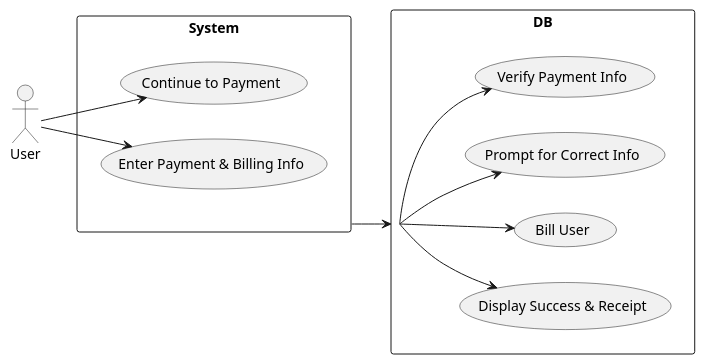
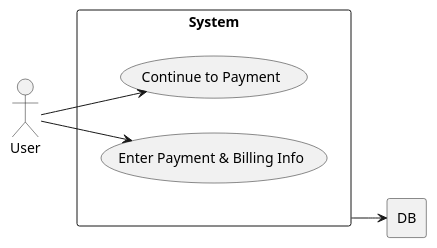
Before and after one commit to HighlyHylian/online-ecommerce-platform: the diagram in Example Files/useCaseDiagram.pu, drawn with PlantUML.

```diff
--- a/Example Files/useCaseDiagram.pu
+++ b/Example Files/useCaseDiagram.pu
@@ -1,25 +1,26 @@
 @startuml US-09: Payment & Billing
 left to right direction
 actor User
 actor DB
 
 rectangle System {
   usecase "Continue to Payment" as U1
   usecase "Enter Payment & Billing Info" as U2
 }
 
 rectangle DB {
-  usecase "Verify Payment Info" as U3
-  usecase "Prompt for Correct Info" as U4
-  usecase "Bill User" as U5
-  usecase "Display Success & Receipt" as U6
+'   usecase "Verify Payment Info" as U3
+'   usecase "Prompt for Correct Info" as U4
+'   usecase "Bill User" as U5
+'   usecase "Display Success & Receipt" as U6
 }
 
 User --> U1
 User --> U2
 System --> DB
-DB --> U3
-DB --> U4
-DB --> U5
-DB --> U6
+
+' DB --> U3
+' DB --> U4
+' DB --> U5
+' DB --> U6
 @enduml
```
